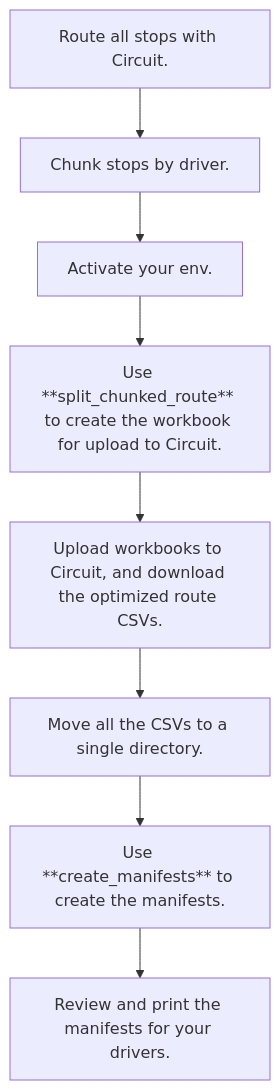
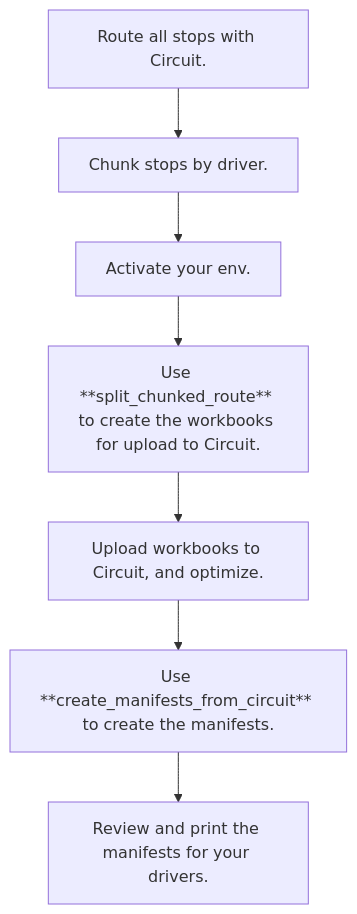
One commit to crickets-and-comb/bfb_delivery changed the diagram in docs/workflow.rst. Above: the diagram before and after it, drawn with Mermaid. The commit also changed other lines of this file and 43 other files, not shown here.

```diff
--- a/docs/workflow.rst
+++ b/docs/workflow.rst
@@ -7,11 +7,10 @@
 .. mermaid::
-   :caption: Delivery Planning Flowchart
+   :caption: Delivery Planning Workflow
 
    graph TD;
        get_long_route[Route all stops with Circuit.] --> chunk["Chunk" stops by driver.];
        chunk --> activate_env[Activate your env.];
-       activate_env --> split_chunked_route[Use **split_chunked_route** to create the workbook for upload to Circuit.];
-       split_chunked_route --> upload[Upload workbooks to Circuit, and download the optimized route CSVs.];
-       upload --> move_CSV[Move all the CSVs to a single directory.];
-       move_CSV --> make_manifests[Use **create_manifests** to create the manifests.];
+       activate_env --> split_chunked_route[Use **split_chunked_route** to create the workbooks for upload to Circuit.];
+       split_chunked_route --> upload[Upload workbooks to Circuit, and optimize.];
+       upload --> make_manifests[Use **create_manifests_from_circuit** to create the manifests.];
        make_manifests --> print[Review and print the manifests for your drivers.];
```
